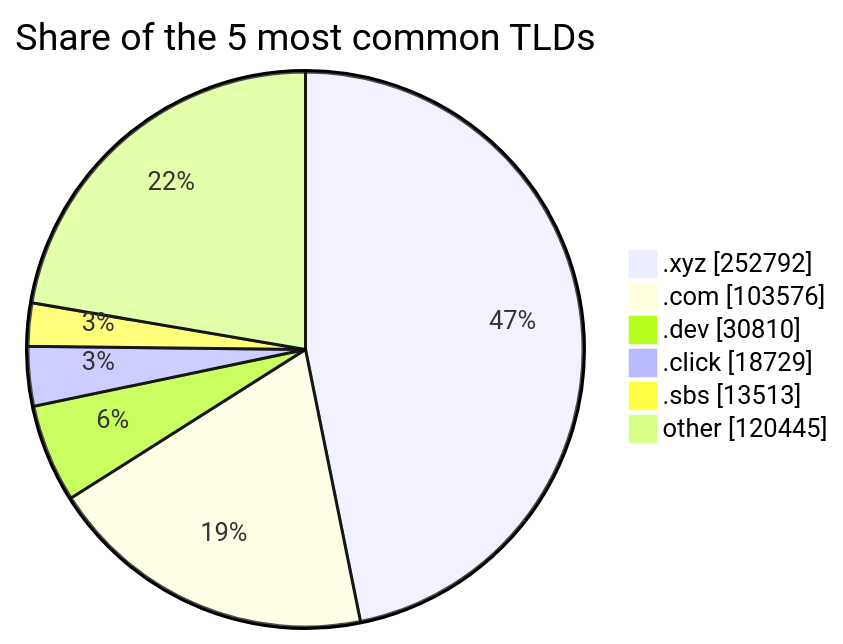
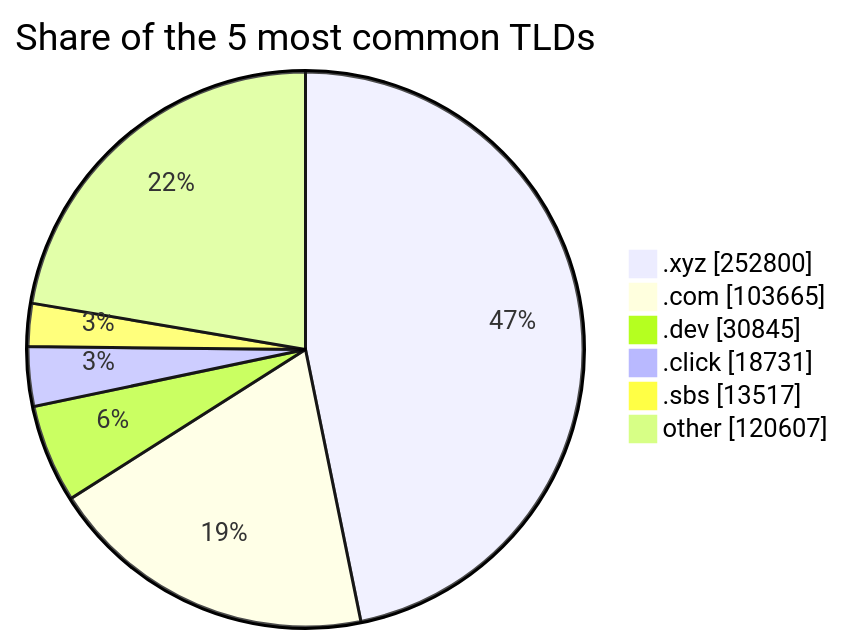
Before and after one commit to DNSBunker/CTI: the third of 3 diagrams in README.md, drawn with Mermaid. The commit also changed other lines of this file and 3 other files, not shown here.

````diff
--- a/README.md
+++ b/README.md
@@ -81,9 +81,9 @@
 ```mermaid
 pie showData title Share of the 5 most common TLDs
-    ".xyz" : 252792
-    ".com" : 103576
-    ".dev" : 30810
-    ".click" : 18729
-    ".sbs" : 13513
-    "other" : 120445
+    ".xyz" : 252800
+    ".com" : 103665
+    ".dev" : 30845
+    ".click" : 18731
+    ".sbs" : 13517
+    "other" : 120607
 ```
````
